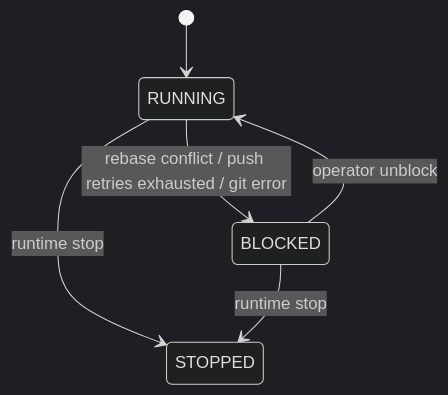
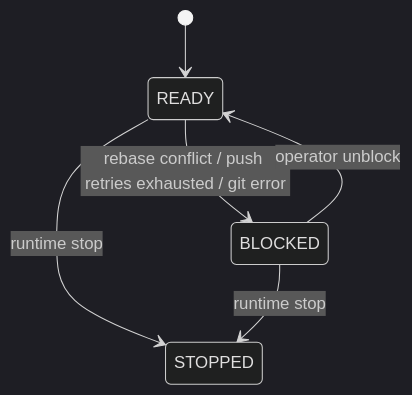
One commit to leostera/agents changed the second of 2 diagrams in docs/rfds/RFD0011-devmode.md. Above: the diagram before and after it, drawn with Mermaid (dark theme). The commit also changed other lines of this file and 61 other files, not shown here.

````diff
--- a/docs/rfds/RFD0011-devmode.md
+++ b/docs/rfds/RFD0011-devmode.md
@@ -291,8 +307,8 @@
 ```mermaid
 stateDiagram-v2
-  [*] --> RUNNING
-  RUNNING --> BLOCKED: rebase conflict / push retries exhausted / git error
-  BLOCKED --> RUNNING: operator unblock
-  RUNNING --> STOPPED: runtime stop
+  [*] --> READY
+  READY --> BLOCKED: rebase conflict / push retries exhausted / git error
+  BLOCKED --> READY: operator unblock
+  READY --> STOPPED: runtime stop
   BLOCKED --> STOPPED: runtime stop
 ```
````
